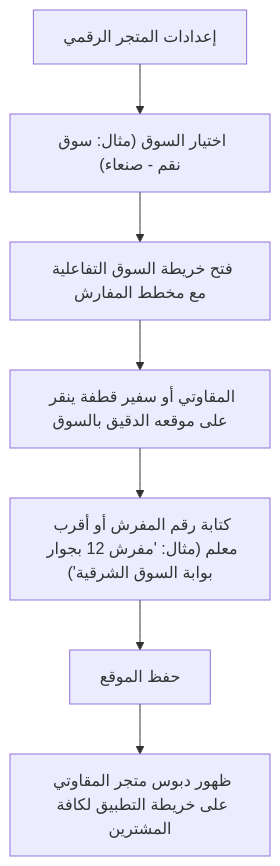
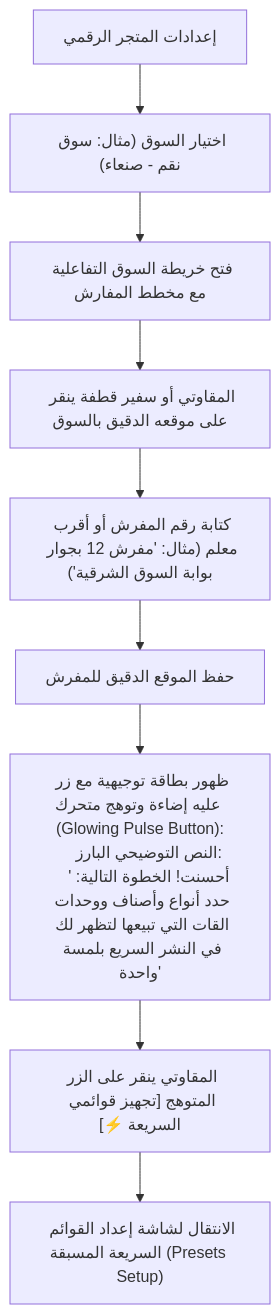
The tenth of 17 diagrams in docs/22-user-flows-detailed.md (Emad20112/qatfa), drawn with Mermaid before and after one commit. The commit also changed other lines of this file and 2 other files, not shown here.

Commit message:
docs(ux): update user flows, screen specs, presets setup, and dual availability toggles

````diff
--- a/docs/22-user-flows-detailed.md
+++ b/docs/22-user-flows-detailed.md
@@ -269,9 +294,15 @@
 ```mermaid
 flowchart TD
     StoreSettings["إعدادات المتجر الرقمي"] --> SelectMarket["اختيار السوق (مثال: سوق نقم - صنعاء)"]
     SelectMarket --> OpenStallMap["فتح خريطة السوق التفاعلية مع مخطط المفارش"]
     OpenStallMap --> PinAction["المقاوتي أو سفير قطفة ينقر على موقعه الدقيق بالسوق"]
     PinAction --> AddDetails["كتابة رقم المفرش أو أقرب معلم (مثال: 'مفرش 12 بجوار بوابة السوق الشرقية')"]
-    AddDetails --> SaveStall["حفظ الموقع"]
-    SaveStall --> LivePin["ظهور دبوس متجر المقاوتي على خريطة التطبيق لكافة المشترين"]
+    AddDetails --> SaveStall["حفظ الموقع الدقيق للمفرش"]
+    
+    SaveStall --> GlowingPrompt["ظهور بطاقة توجيهية مع زر عليه إضاءة وتوهج متحرك (Glowing Pulse Button):
+    النص التوضيحي البارز:
+    'أحسنت! الخطوة التالية: حدد أنواع وأصناف ووحدات القات التي تبيعها لتظهر لك في النشر السريع بلمسة واحدة'"]
+    
+    GlowingPrompt --> TapGlow["المقاوتي ينقر على الزر المتوهج [تجهيز قوائمي السريعة ⚡]"]
+    TapGlow --> OpenPresets["الانتقال لشاشة إعداد القوائم السريعة المسبقة (Presets Setup)"]
 ```
````
